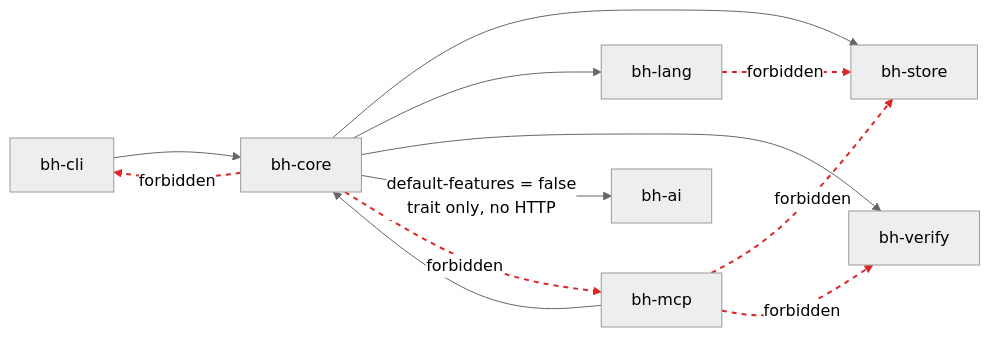
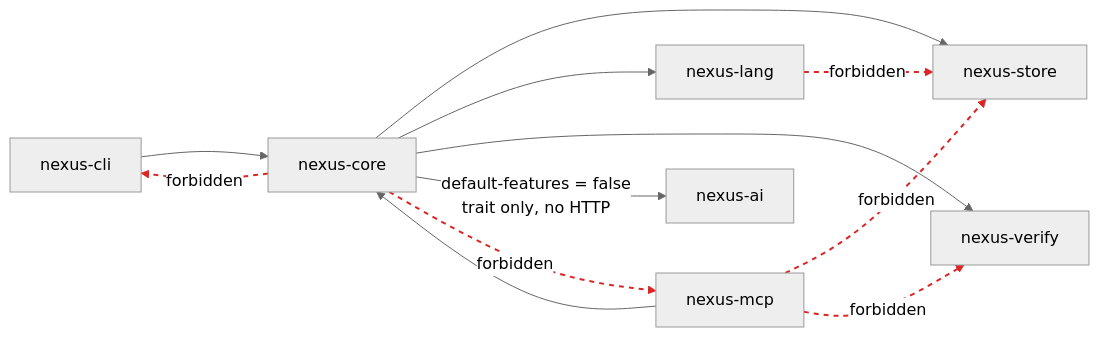
The third of 4 diagrams in docs/diagrams/system-architecture.md (zorigtbaatarAst/nexus), drawn with Mermaid (neutral theme) before and after one commit. The commit also changed other lines of this file and 19 other files, not shown here.

````diff
--- a/docs/diagrams/system-architecture.md
+++ b/docs/diagrams/system-architecture.md
@@ -89,17 +89,17 @@
 ```mermaid
 flowchart LR
-    CLI["bh-cli"] --> CORE["bh-core"]
-    MCP["bh-mcp"] --> CORE
-    CORE --> STORE["bh-store"]
-    CORE --> LANG["bh-lang"]
-    CORE --> VERI["bh-verify"]
-    CORE -->|"default-features = false<br/>trait only, no HTTP"| AI["bh-ai"]
+    CLI["nexus-cli"] --> CORE["nexus-core"]
+    MCP["nexus-mcp"] --> CORE
+    CORE --> STORE["nexus-store"]
+    CORE --> LANG["nexus-lang"]
+    CORE --> VERI["nexus-verify"]
+    CORE -->|"default-features = false<br/>trait only, no HTTP"| AI["nexus-ai"]
 
     CORE -.->|forbidden| MCP
     CORE -.->|forbidden| CLI
     MCP  -.->|forbidden| STORE
     MCP  -.->|forbidden| VERI
     LANG -.->|forbidden| STORE
 
     linkStyle 6,7,8,9,10 stroke:#dc2626,stroke-width:2px,stroke-dasharray:5 5
 ```
````
